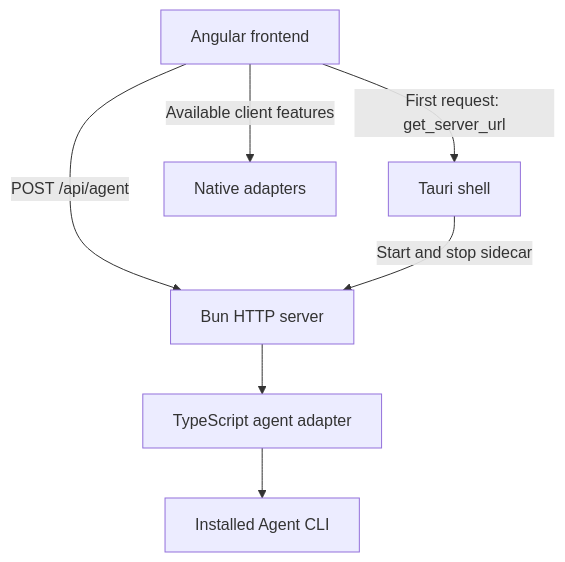
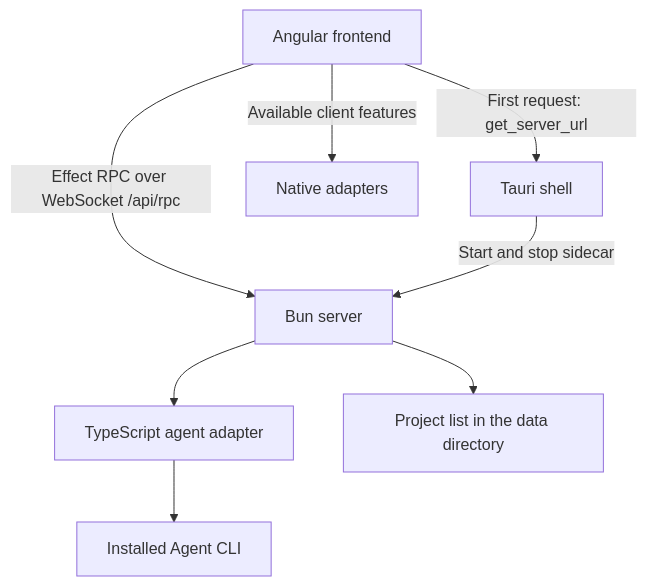
Before and after one commit to FreakeyPlays/eitri: the diagram in docs/internals/architecture.md, drawn with Mermaid. The commit also changed other lines of this file and 121 other files, not shown here.

````diff
--- a/docs/internals/architecture.md
+++ b/docs/internals/architecture.md
@@ -48,9 +89,10 @@
 ```mermaid
 flowchart TB
-    UI[Angular frontend] -->|POST /api/agent| H[Bun HTTP server]
+    UI[Angular frontend] -->|Effect RPC over WebSocket /api/rpc| H[Bun server]
     H --> S[TypeScript agent adapter]
+    H --> P[Project list in the data directory]
     S --> C[Installed Agent CLI]
     UI -->|First request: get_server_url| T[Tauri shell]
     T -->|Start and stop sidecar| H
     UI -->|Available client features| N[Native adapters]
 ```
````
